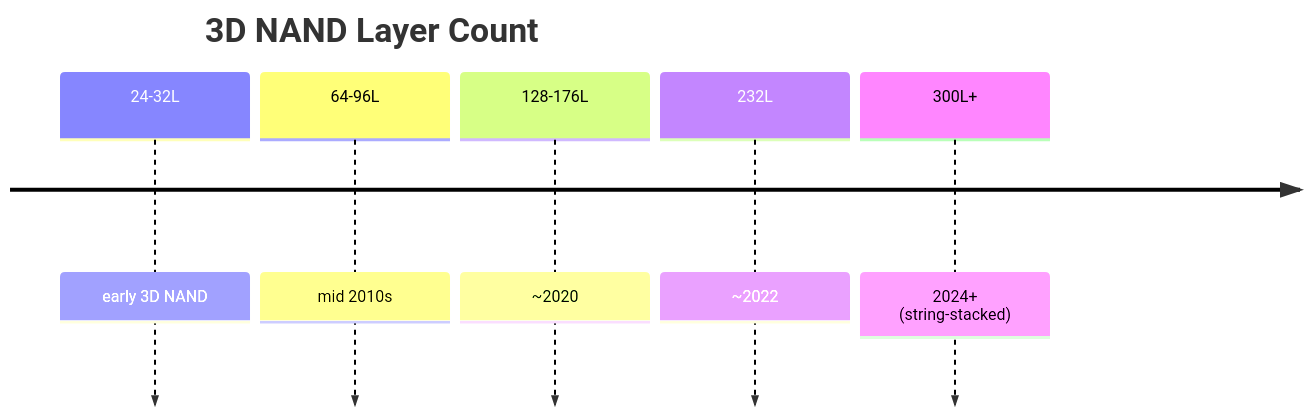
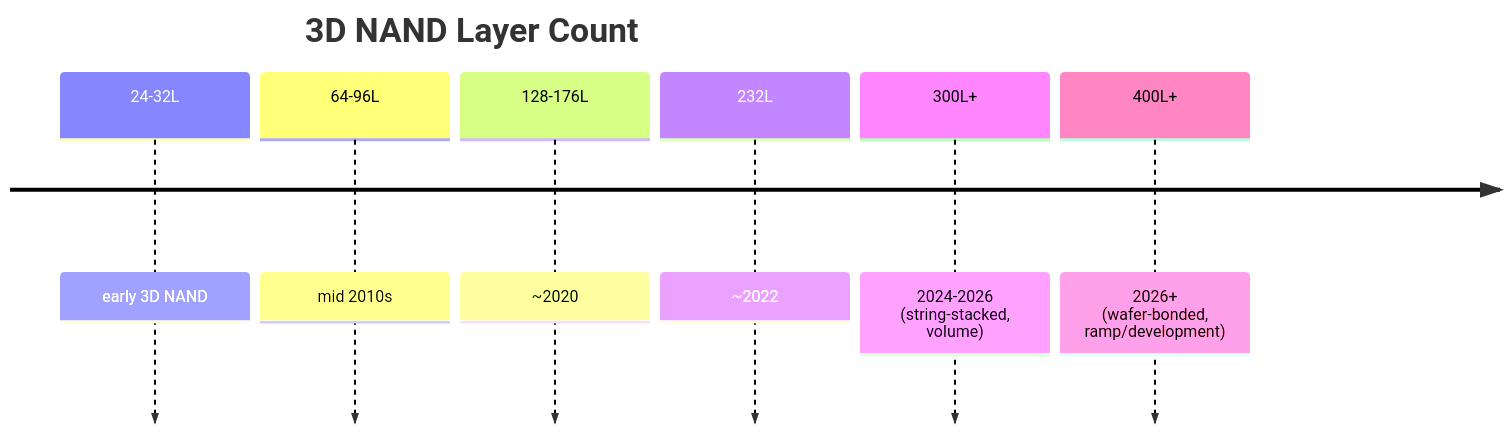
One commit to FrankHuang94/semicap_technologies_claude changed the second of 3 diagrams in 13_memory_equipment.md. Above: the diagram before and after it, drawn with Mermaid. The commit also changed other lines of this file and 60 other files, not shown here.

````diff
--- a/13_memory_equipment.md
+++ b/13_memory_equipment.md
@@ -33,9 +33,10 @@
 ```mermaid
 timeline
     title 3D NAND Layer Count
     24-32L : early 3D NAND
     64-96L : mid 2010s
     128-176L : ~2020
     232L : ~2022
-    300L+ : 2024+ (string-stacked)
+    300L+ : 2024-2026 (string-stacked, volume)
+    400L+ : 2026+ (wafer-bonded, ramp/development)
 ```
````
